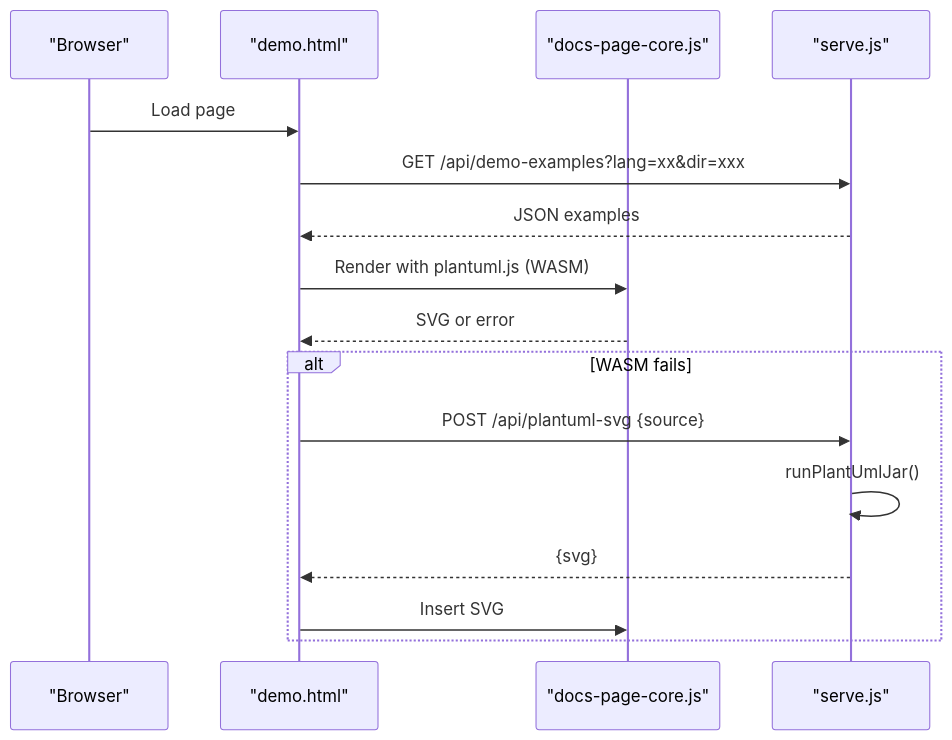
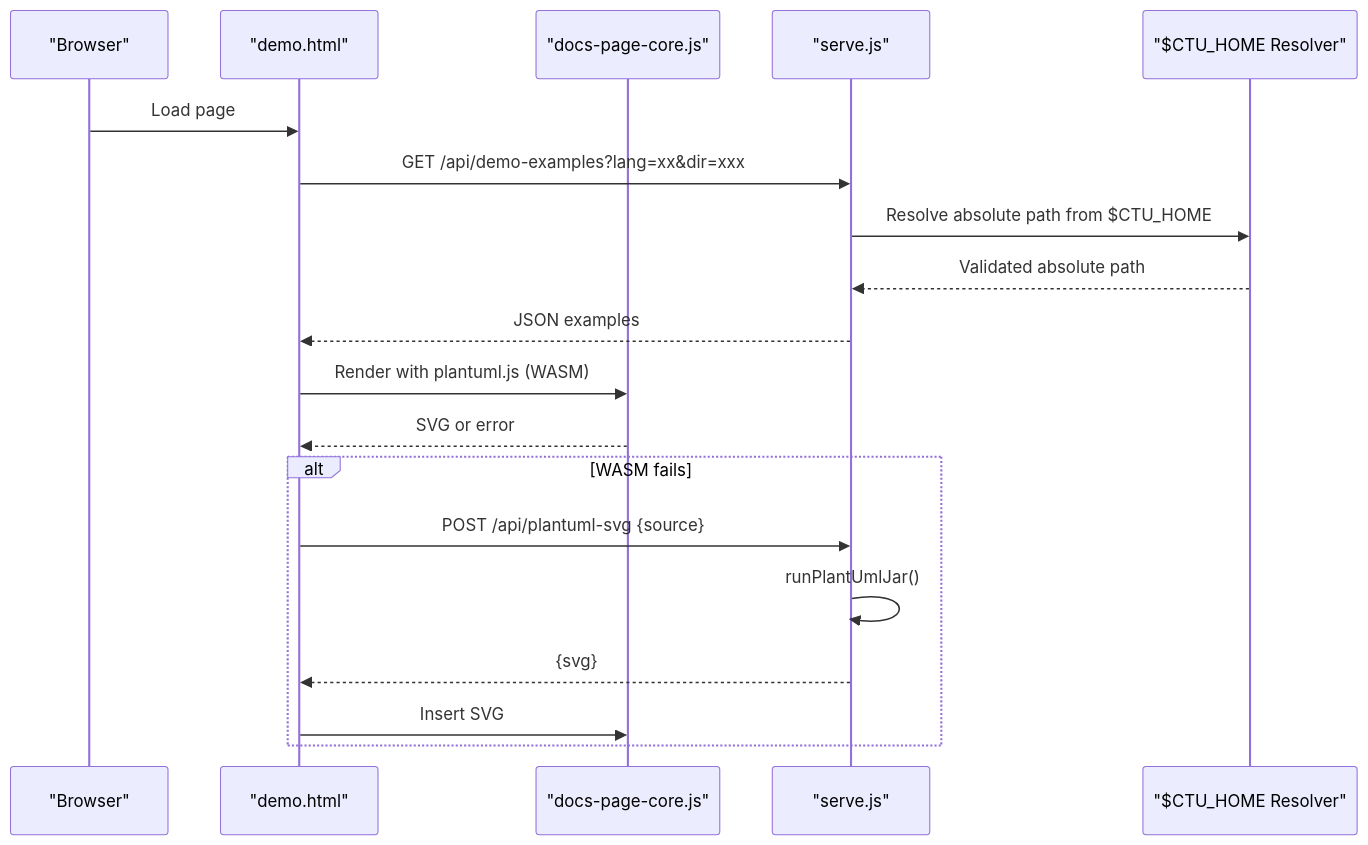
Before and after one commit to pingwurth/code-to-uml: the second of 3 diagrams in .qoder/repowiki/en/content/Architecture Overview/Server Infrastructure.md, drawn with Mermaid. The commit also changed other lines of this file and 21 other files, not shown here.

Commit message:
chore(docs): 删除 Code-To-UML 介绍文档

````diff
--- a/.qoder/repowiki/en/content/Architecture Overview/Server Infrastructure.md
+++ b/.qoder/repowiki/en/content/Architecture Overview/Server Infrastructure.md
@@ -90,18 +101,21 @@
 ```mermaid
 sequenceDiagram
 participant Browser as "Browser"
 participant Demo as "demo.html"
 participant Core as "docs-page-core.js"
 participant Server as "serve.js"
+participant PathResolver as "$CTU_HOME Resolver"
 Browser->>Demo : Load page
 Demo->>Server : GET /api/demo-examples?lang=xx&dir=xxx
+Server->>PathResolver : Resolve absolute path from $CTU_HOME
+PathResolver-->>Server : Validated absolute path
 Server-->>Demo : JSON examples
 Demo->>Core : Render with plantuml.js (WASM)
 Core-->>Demo : SVG or error
 alt WASM fails
 Demo->>Server : POST /api/plantuml-svg {source}
 Server->>Server : runPlantUmlJar()
 Server-->>Demo : {svg}
 Demo->>Core : Insert SVG
 end
 ```
````
